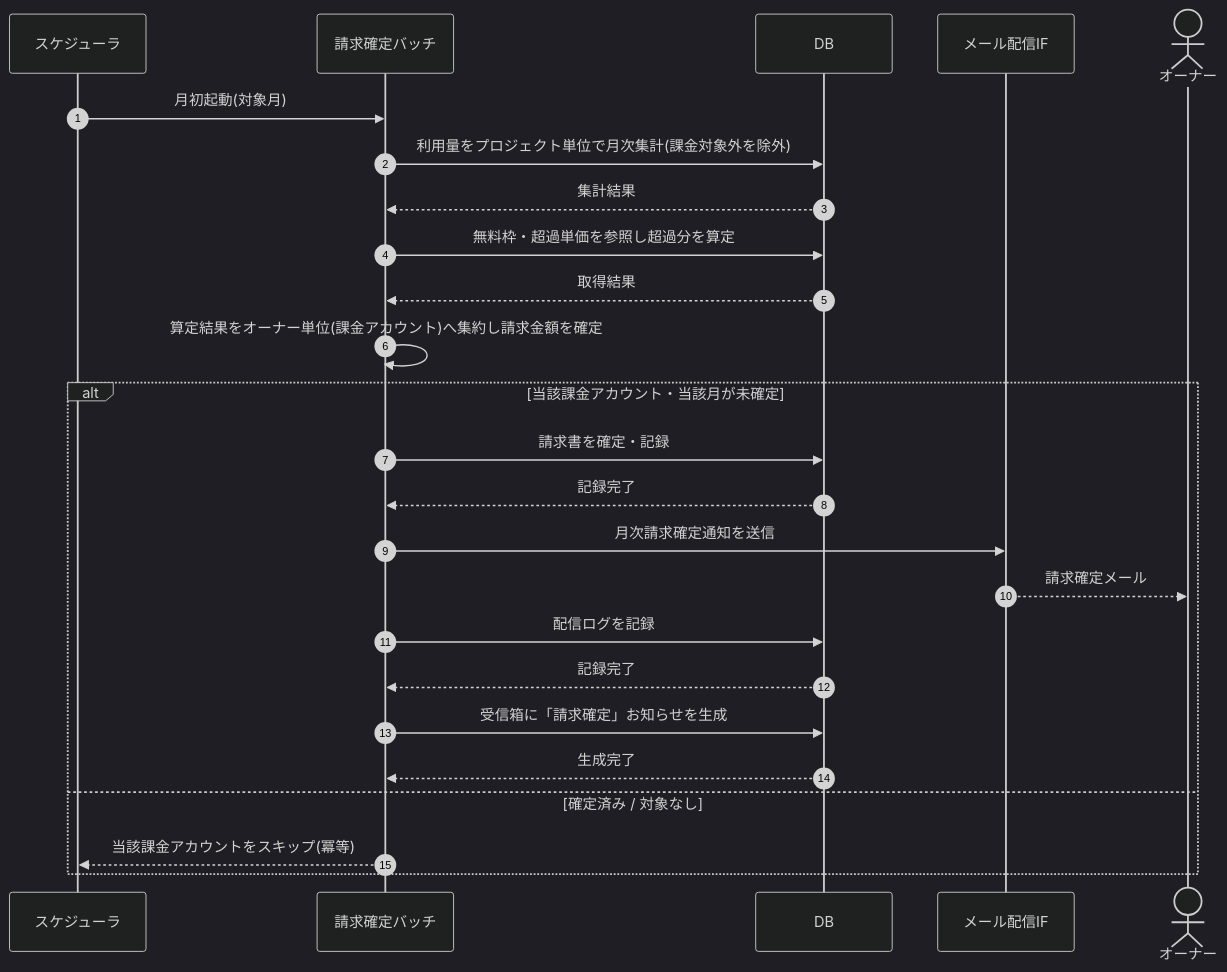
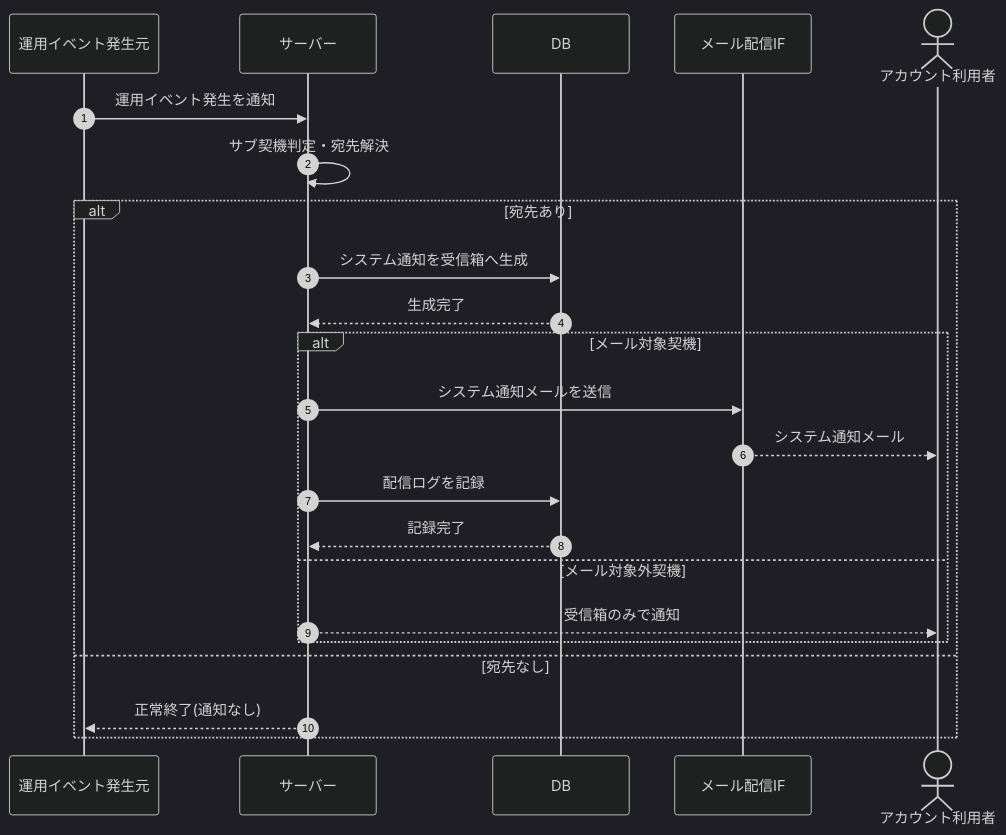
The diagram in 02_basic_design/03_sequences/SEQ-093.md (sikakou54/open-faq), drawn with Mermaid (dark theme) before and after one commit. The commit also changed other lines of this file and 395 other files, not shown here.

````diff
--- a/02_basic_design/03_sequences/SEQ-093.md
+++ b/02_basic_design/03_sequences/SEQ-093.md
@@ -25,27 +25,25 @@
 ```mermaid
 sequenceDiagram
   autonumber
-  participant SCH as スケジューラ
-  participant B as 請求確定バッチ
+  participant E as 運用イベント発生元
+  participant Server as サーバー
   participant DB as DB
   participant MAIL as メール配信IF
-  actor O as オーナー
-  SCH->>B: 月初起動(対象月)
-  B->>DB: 利用量をプロジェクト単位で月次集計(課金対象外を除外)
-  DB-->>B: 集計結果
-  B->>DB: 無料枠・超過単価を参照し超過分を算定
-  DB-->>B: 取得結果
-  B->>B: 算定結果をオーナー単位(課金アカウント)へ集約し請求金額を確定
-  alt 当該課金アカウント・当該月が未確定
-    B->>DB: 請求書を確定・記録
-    DB-->>B: 記録完了
-    B->>MAIL: 月次請求確定通知を送信
-    MAIL-->>O: 請求確定メール
-    B->>DB: 配信ログを記録
-    DB-->>B: 記録完了
-    B->>DB: 受信箱に「請求確定」お知らせを生成
-    DB-->>B: 生成完了
-  else 確定済み / 対象なし
-    B-->>SCH: 当該課金アカウントをスキップ(冪等)
+  actor U as アカウント利用者
+  E->>Server: 運用イベント発生を通知
+  Server->>Server: サブ契機判定・宛先解決
+  alt 宛先あり
+    Server->>DB: システム通知を受信箱へ生成
+    DB-->>Server: 生成完了
+    alt メール対象契機
+      Server->>MAIL: システム通知メールを送信
+      MAIL-->>U: システム通知メール
+      Server->>DB: 配信ログを記録
+      DB-->>Server: 記録完了
+    else メール対象外契機
+      Server-->>U: 受信箱のみで通知
+    end
+  else 宛先なし
+    Server-->>E: 正常終了(通知なし)
   end
 ```
````
